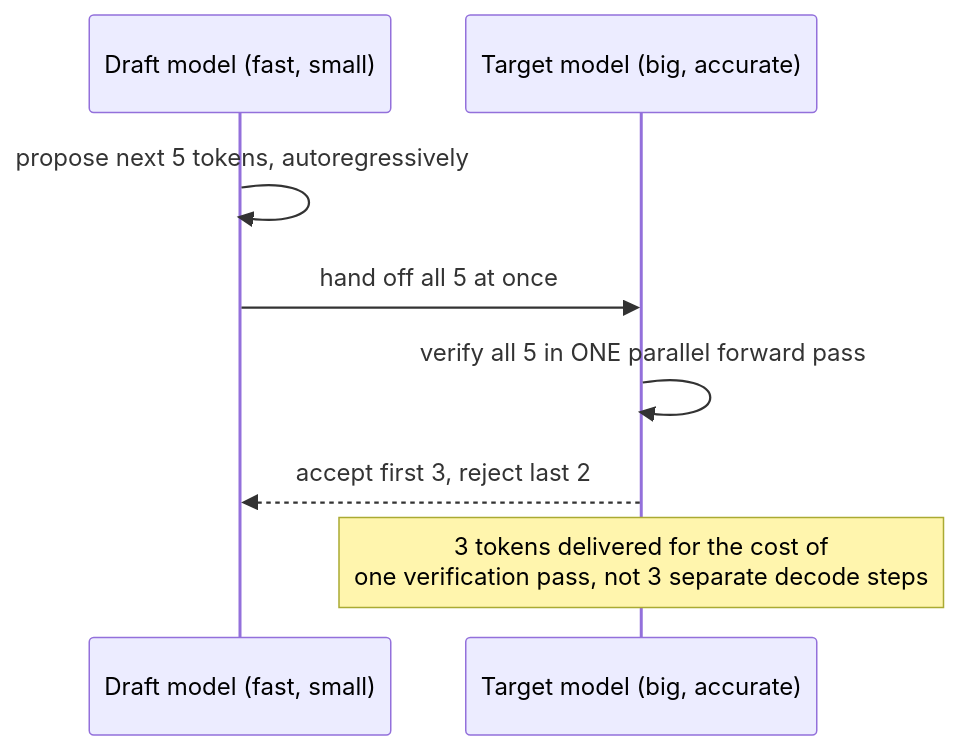
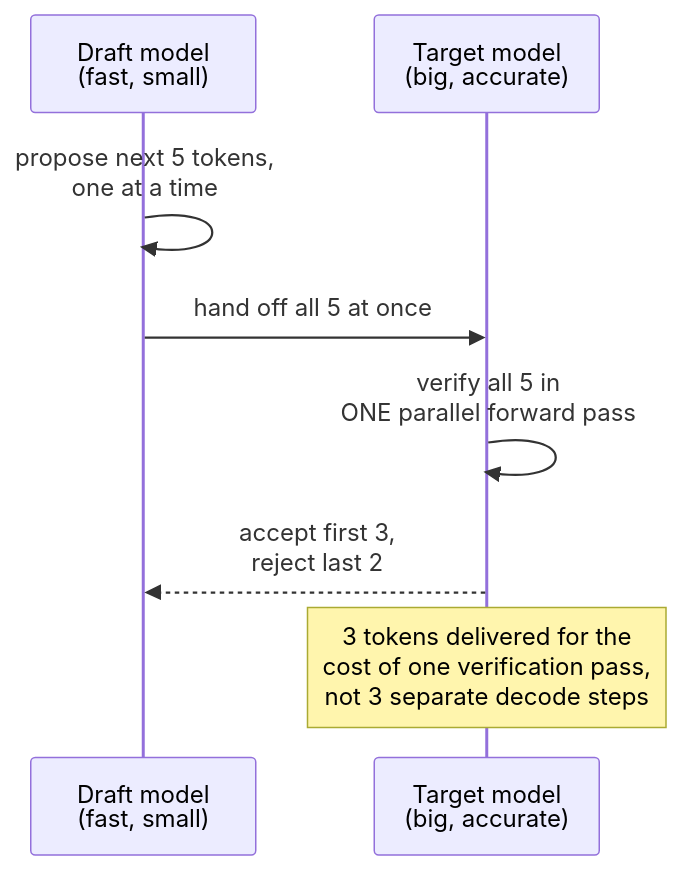
One commit to riyaz-pasha/Learnings changed the tenth of 13 diagrams in system-design/HLD/0-course/42-Design-a-ChatGPT-System-FAANG-Guide-story.md. Above: the diagram before and after it, drawn with Mermaid. The commit also changed other lines of this file and 1 other file, not shown here.

Commit message:
[REWRITE] ChatGPT System story guide: simplify prose, add structure, fix diagrams

````diff
--- a/system-design/HLD/0-course/42-Design-a-ChatGPT-System-FAANG-Guide-story.md
+++ b/system-design/HLD/0-course/42-Design-a-ChatGPT-System-FAANG-Guide-story.md
@@ -275,10 +605,11 @@
 ```mermaid
 sequenceDiagram
-    participant Draft as Draft model (fast, small)
-    participant Target as Target model (big, accurate)
-    Draft->>Draft: propose next 5 tokens, autoregressively
+    participant Draft as Draft model<br/>(fast, small)
+    participant Target as Target model<br/>(big, accurate)
+
+    Draft->>Draft: propose next 5 tokens,<br/>one at a time
     Draft->>Target: hand off all 5 at once
-    Target->>Target: verify all 5 in ONE parallel forward pass
-    Target-->>Draft: accept first 3, reject last 2
-    Note over Target: 3 tokens delivered for the cost of<br/>one verification pass, not 3 separate decode steps
+    Target->>Target: verify all 5 in<br/>ONE parallel forward pass
+    Target-->>Draft: accept first 3,<br/>reject last 2
+    Note over Target: 3 tokens delivered for the<br/>cost of one verification pass,<br/>not 3 separate decode steps
 ```
````
